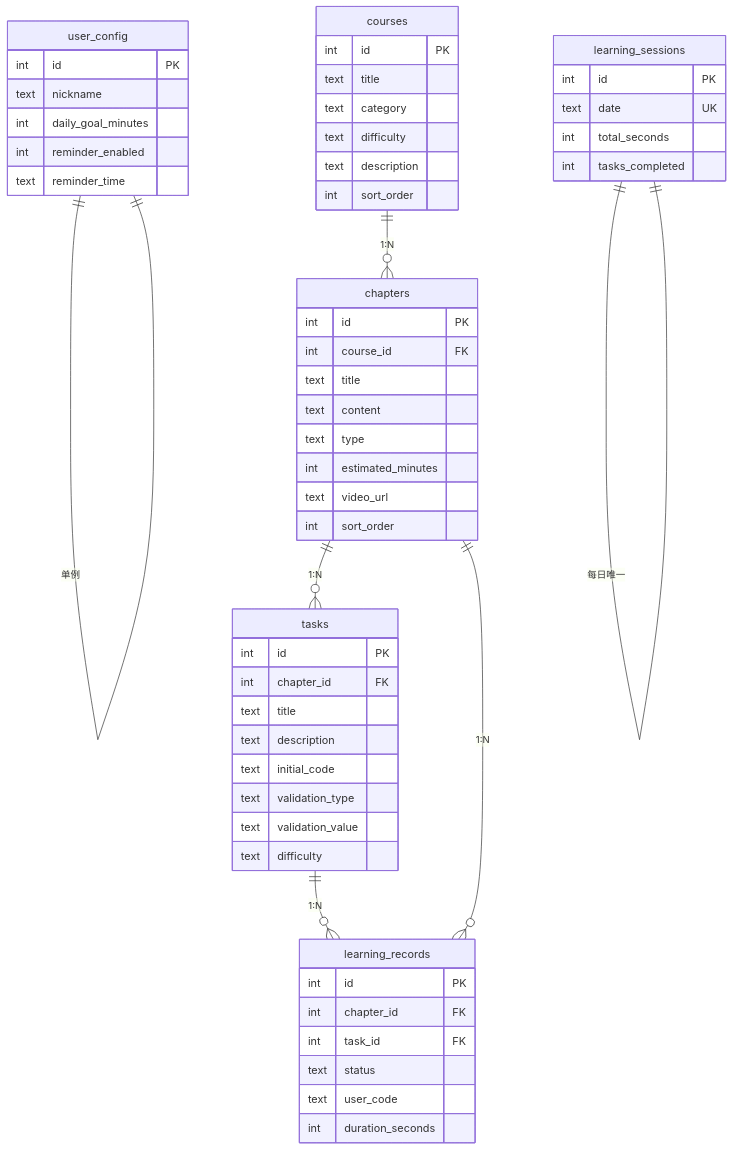
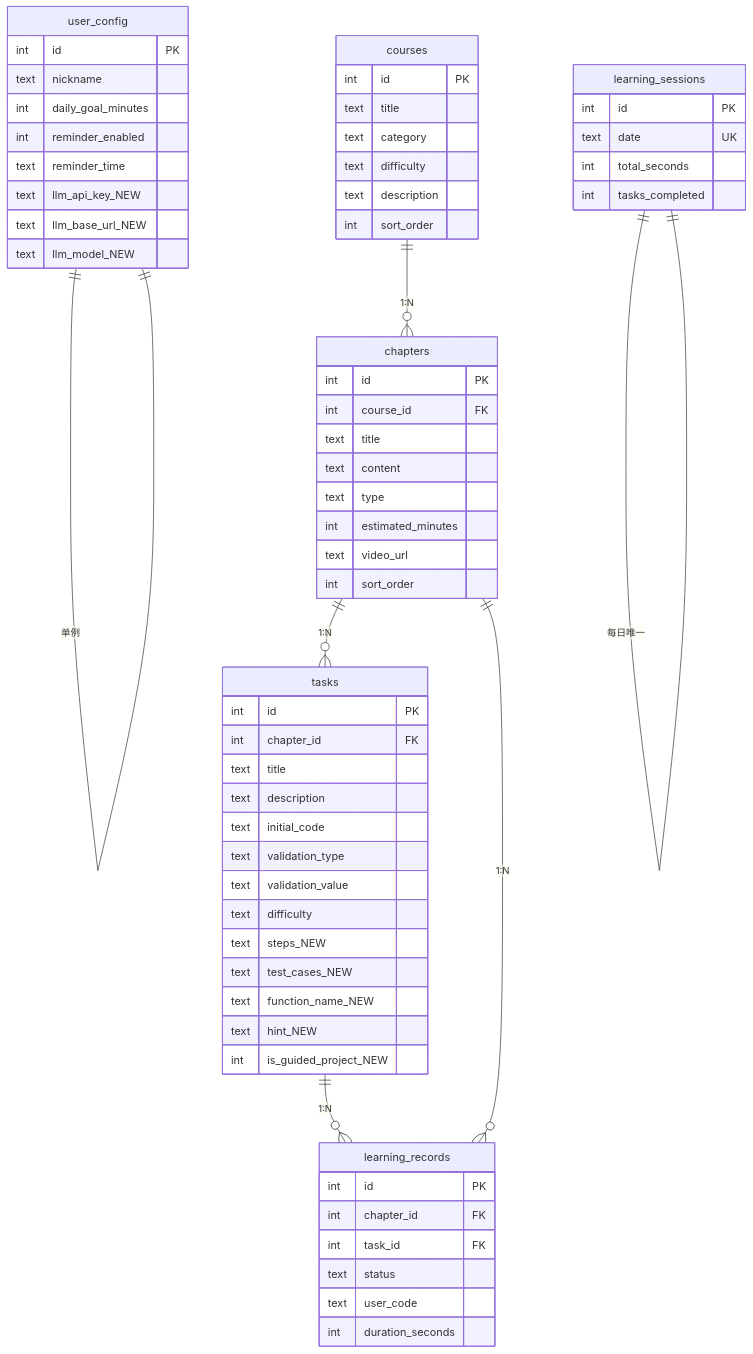
The third of 8 diagrams in 系统架构文档.md (lbh1nb/ai-agent-learner), drawn with Mermaid before and after one commit. The commit also changed other lines of this file and 23 other files, not shown here.

````diff
--- a/系统架构文档.md
+++ b/系统架构文档.md
@@ -245,64 +308,72 @@
 ```mermaid
 erDiagram
     courses ||--o{ chapters : "1:N"
     chapters ||--o{ tasks : "1:N"
     chapters ||--o{ learning_records : "1:N"
     tasks ||--o{ learning_records : "1:N"
     user_config ||--|| user_config : "单例"
     learning_sessions ||--|| learning_sessions : "每日唯一"
 
     courses {
         int id PK
         text title
         text category
         text difficulty
         text description
         int sort_order
     }
 
     chapters {
         int id PK
         int course_id FK
         text title
         text content
         text type
         int estimated_minutes
         text video_url
         int sort_order
     }
 
     tasks {
         int id PK
         int chapter_id FK
         text title
         text description
         text initial_code
         text validation_type
         text validation_value
         text difficulty
+        text steps_NEW
+        text test_cases_NEW
+        text function_name_NEW
+        text hint_NEW
+        int is_guided_project_NEW
     }
 
     learning_records {
         int id PK
         int chapter_id FK
         int task_id FK
         text status
         text user_code
         int duration_seconds
     }
 
     learning_sessions {
         int id PK
         text date UK
         int total_seconds
         int tasks_completed
     }
 
     user_config {
         int id PK
         text nickname
         int daily_goal_minutes
         int reminder_enabled
         text reminder_time
+        text llm_api_key_NEW
+        text llm_base_url_NEW
+        text llm_model_NEW
     }
 ```
````
